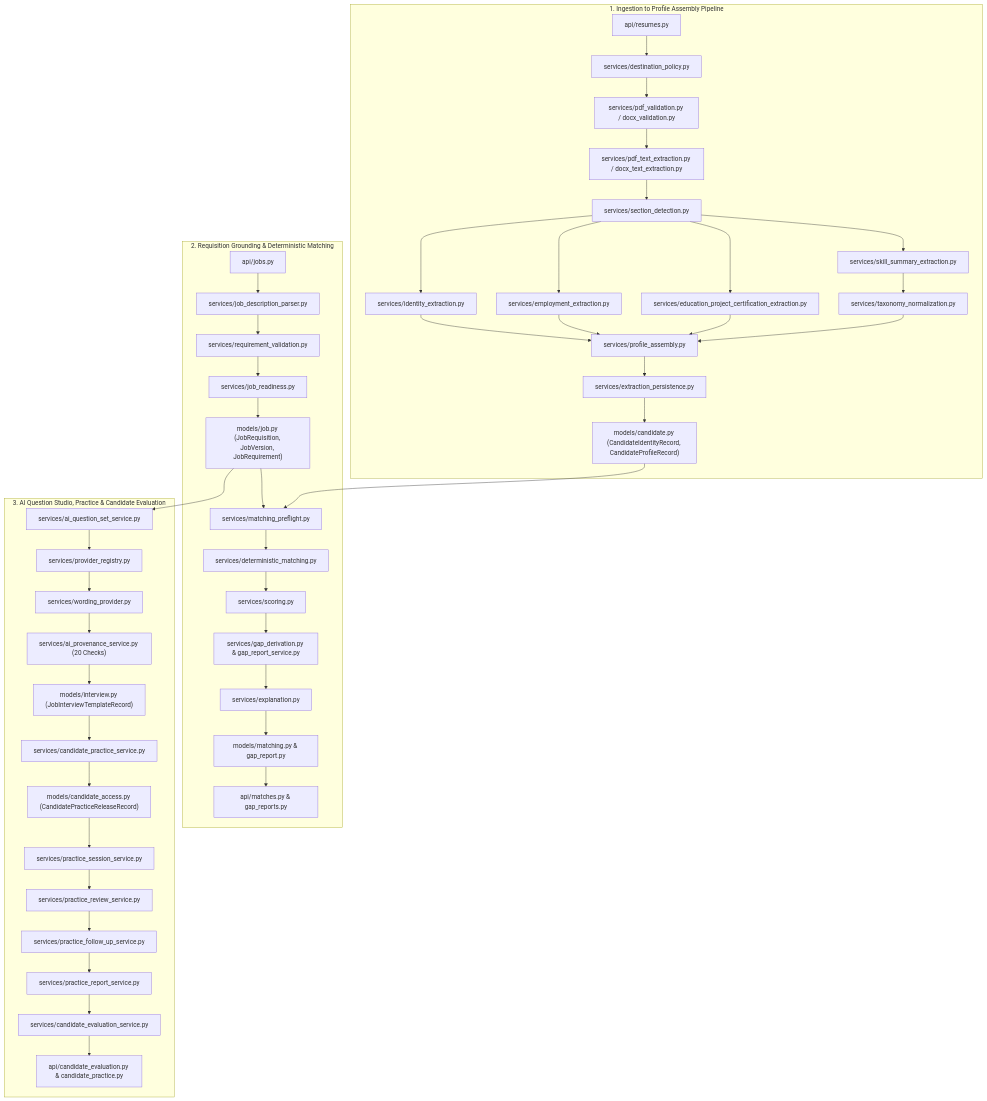
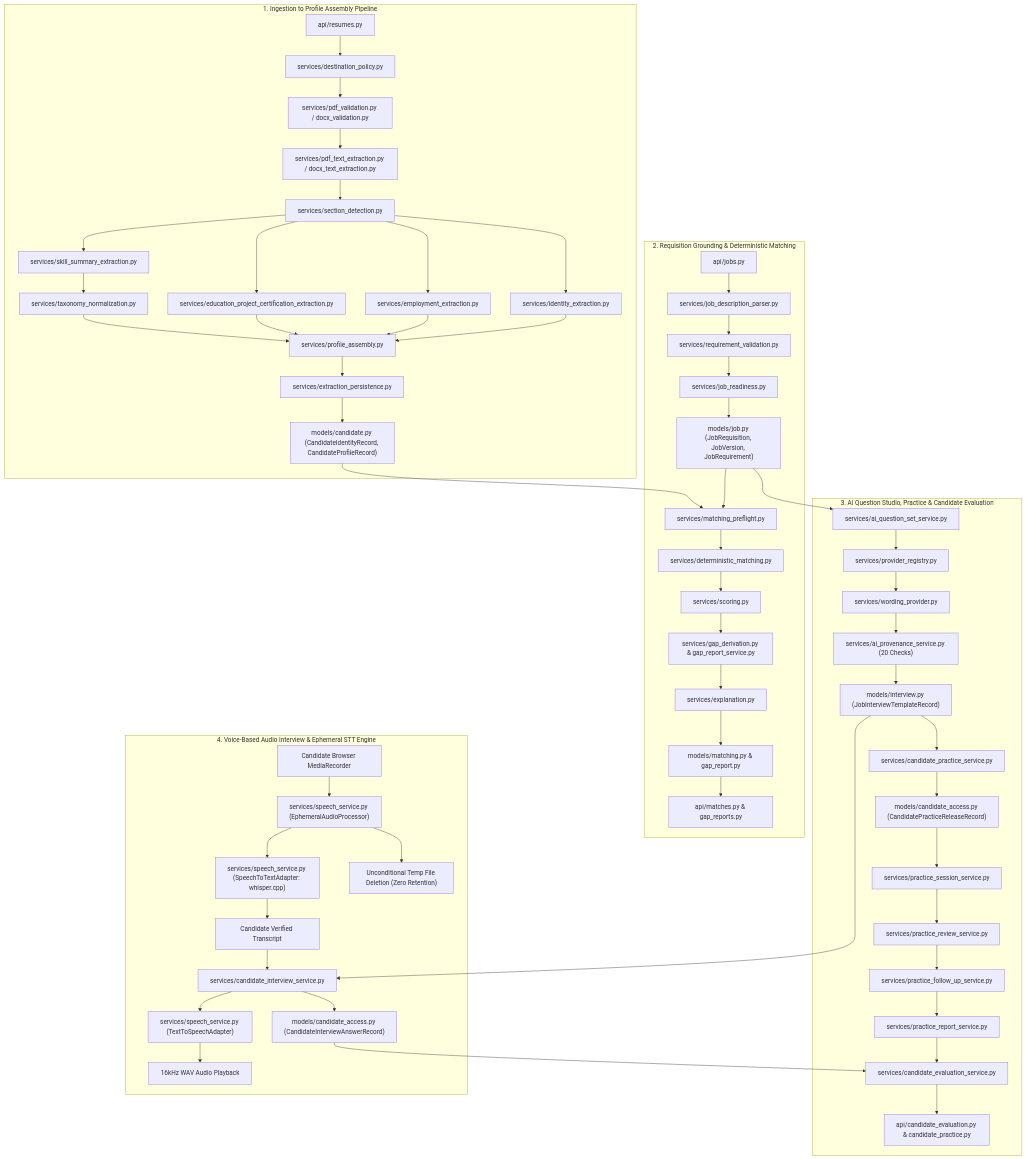
One commit to Heril2912/AI-Hiring changed the second of 2 diagrams in docs/BACKEND_SERVICES_AND_API_REFERENCE.md. Above: the diagram before and after it, drawn with Mermaid. The commit also changed other lines of this file and 31 other files, not shown here.

````diff
--- a/docs/BACKEND_SERVICES_AND_API_REFERENCE.md
+++ b/docs/BACKEND_SERVICES_AND_API_REFERENCE.md
@@ -441,49 +451,62 @@
 ```mermaid
 graph TD
     subgraph IngestionToProfile ["1. Ingestion to Profile Assembly Pipeline"]
         R_Resumes["api/resumes.py"] --> S_Dest["services/destination_policy.py"]
         S_Dest --> S_PDFVal["services/pdf_validation.py / docx_validation.py"]
         S_PDFVal --> S_PDF["services/pdf_text_extraction.py / docx_text_extraction.py"]
         S_PDF --> S_Sec["services/section_detection.py"]
         S_Sec --> S_Ident["services/identity_extraction.py"]
         S_Sec --> S_Emp["services/employment_extraction.py"]
         S_Sec --> S_Edu["services/education_project_certification_extraction.py"]
         S_Sec --> S_Skill["services/skill_summary_extraction.py"]
         S_Skill --> S_TaxNorm["services/taxonomy_normalization.py"]
         S_Ident & S_Emp & S_Edu & S_TaxNorm --> S_ProfAssy["services/profile_assembly.py"]
         S_ProfAssy --> S_Persist["services/extraction_persistence.py"]
         S_Persist --> M_Cand["models/candidate.py (CandidateIdentityRecord, CandidateProfileRecord)"]
     end
 
     subgraph RequisitionToMatching ["2. Requisition Grounding & Deterministic Matching"]
         R_Jobs["api/jobs.py"] --> S_JobParser["services/job_description_parser.py"]
         S_JobParser --> S_ReqVal["services/requirement_validation.py"]
         S_ReqVal --> S_JobReady["services/job_readiness.py"]
         S_JobReady --> M_Job["models/job.py (JobRequisition, JobVersion, JobRequirement)"]
         
         M_Job & M_Cand --> S_Preflight["services/matching_preflight.py"]
         S_Preflight --> S_Match["services/deterministic_matching.py"]
         S_Match --> S_Scoring["services/scoring.py"]
         S_Scoring --> S_Gap["services/gap_derivation.py & gap_report_service.py"]
         S_Gap --> S_Expl["services/explanation.py"]
         S_Expl --> M_Match["models/matching.py & gap_report.py"]
         M_Match --> R_Matches["api/matches.py & gap_reports.py"]
     end
 
     subgraph StudioToPractice ["3. AI Question Studio, Practice & Candidate Evaluation"]
         M_Job --> S_AISet["services/ai_question_set_service.py"]
         S_AISet --> S_ProvReg["services/provider_registry.py"]
         S_ProvReg --> S_LLM["services/wording_provider.py"]
         S_LLM --> S_AIProv["services/ai_provenance_service.py (20 Checks)"]
         S_AIProv --> M_Interview["models/interview.py (JobInterviewTemplateRecord)"]
         
         M_Interview --> S_PracticeRelease["services/candidate_practice_service.py"]
         S_PracticeRelease --> M_Release["models/candidate_access.py (CandidatePracticeReleaseRecord)"]
         M_Release --> S_PracticeSession["services/practice_session_service.py"]
         S_PracticeSession --> S_Review["services/practice_review_service.py"]
         S_Review --> S_FollowUp["services/practice_follow_up_service.py"]
         S_FollowUp --> S_Report["services/practice_report_service.py"]
         S_Report --> S_CandEval["services/candidate_evaluation_service.py"]
         S_CandEval --> R_CandEval["api/candidate_evaluation.py & candidate_practice.py"]
     end
+
+    subgraph DualModeAudioPipeline ["4. Voice-Based Audio Interview & Ephemeral STT Engine"]
+        M_Interview --> S_CandInterview["services/candidate_interview_service.py"]
+        S_CandInterview --> S_TTS["services/speech_service.py (TextToSpeechAdapter)"]
+        S_TTS --> AudioOut["16kHz WAV Audio Playback"]
+        AudioRecord["Candidate Browser MediaRecorder"] --> S_AudioProc["services/speech_service.py (EphemeralAudioProcessor)"]
+        S_AudioProc --> S_STT["services/speech_service.py (SpeechToTextAdapter: whisper.cpp)"]
+        S_STT --> CleanText["Candidate Verified Transcript"]
+        S_AudioProc --> Purge["Unconditional Temp File Deletion (Zero Retention)"]
+        CleanText --> S_CandInterview
+        S_CandInterview --> M_Answer["models/candidate_access.py (CandidateInterviewAnswerRecord)"]
+        M_Answer --> S_CandEval
+    end
 ```
````
